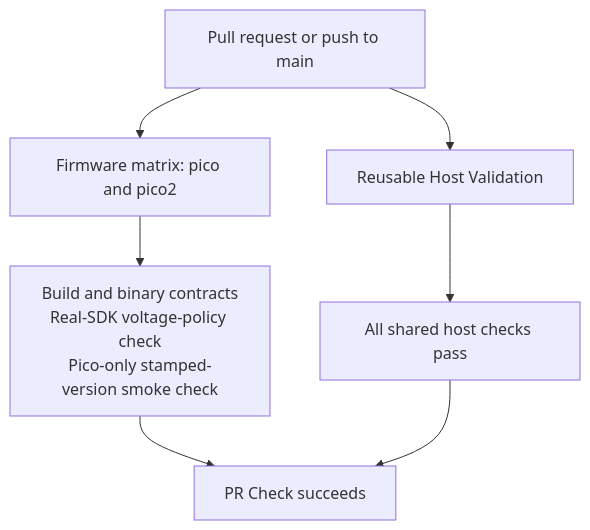
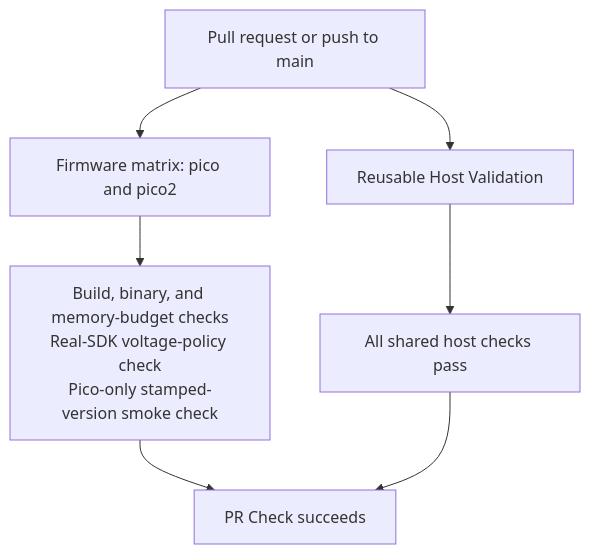
Before and after one commit to djwinter29-oss/PicoUart: the first of 3 diagrams in docs/development/github-actions.md, drawn with Mermaid. The commit also changed other lines of this file and 185 other files, not shown here.

````diff
--- a/docs/development/github-actions.md
+++ b/docs/development/github-actions.md
@@ -12,9 +12,9 @@
 ```mermaid
 flowchart TD
   Event["Pull request or push to main"] --> Firmware["Firmware matrix: pico and pico2"]
   Event --> Host["Reusable Host Validation"]
-  Firmware --> Contracts["Build and binary contracts<br/>Real-SDK voltage-policy check<br/>Pico-only stamped-version smoke check"]
+  Firmware --> Contracts["Build, binary, and memory-budget checks<br/>Real-SDK voltage-policy check<br/>Pico-only stamped-version smoke check"]
   Host --> HostDone["All shared host checks pass"]
   Contracts --> Passed["PR Check succeeds"]
   HostDone --> Passed
 ```
````
